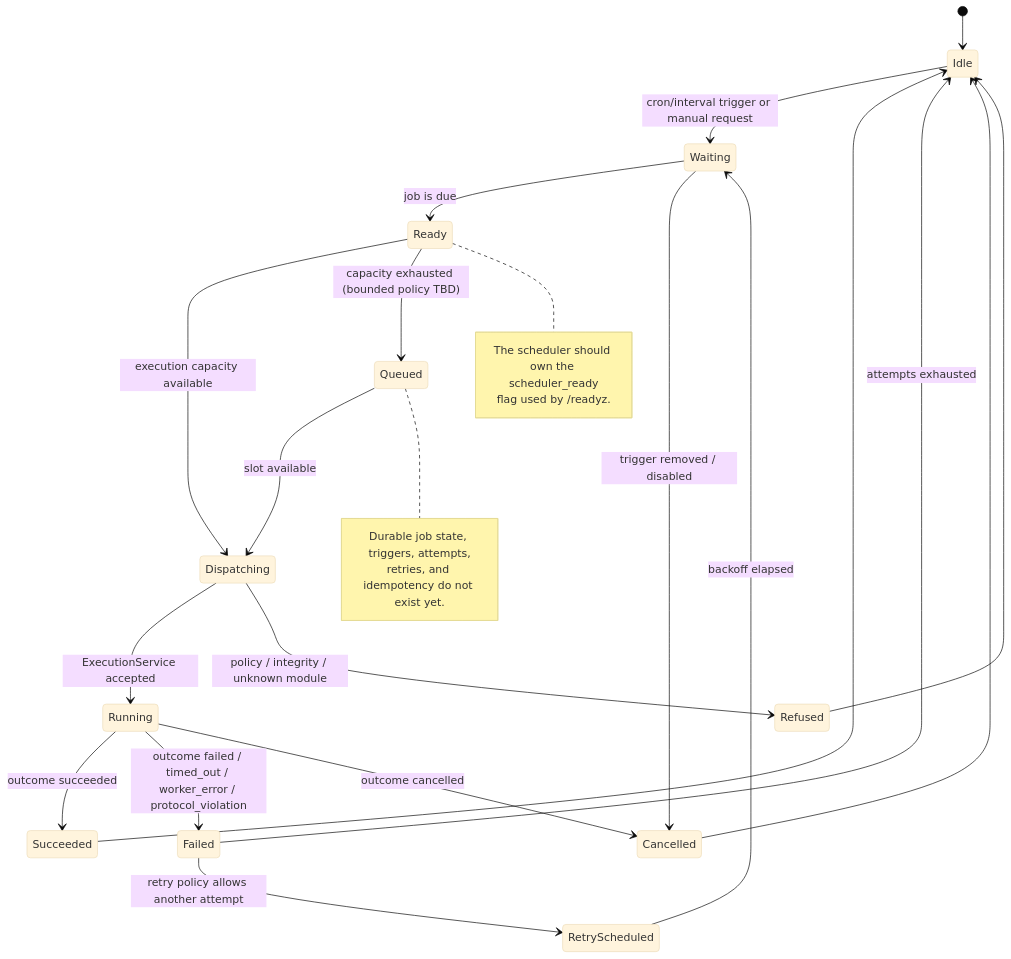
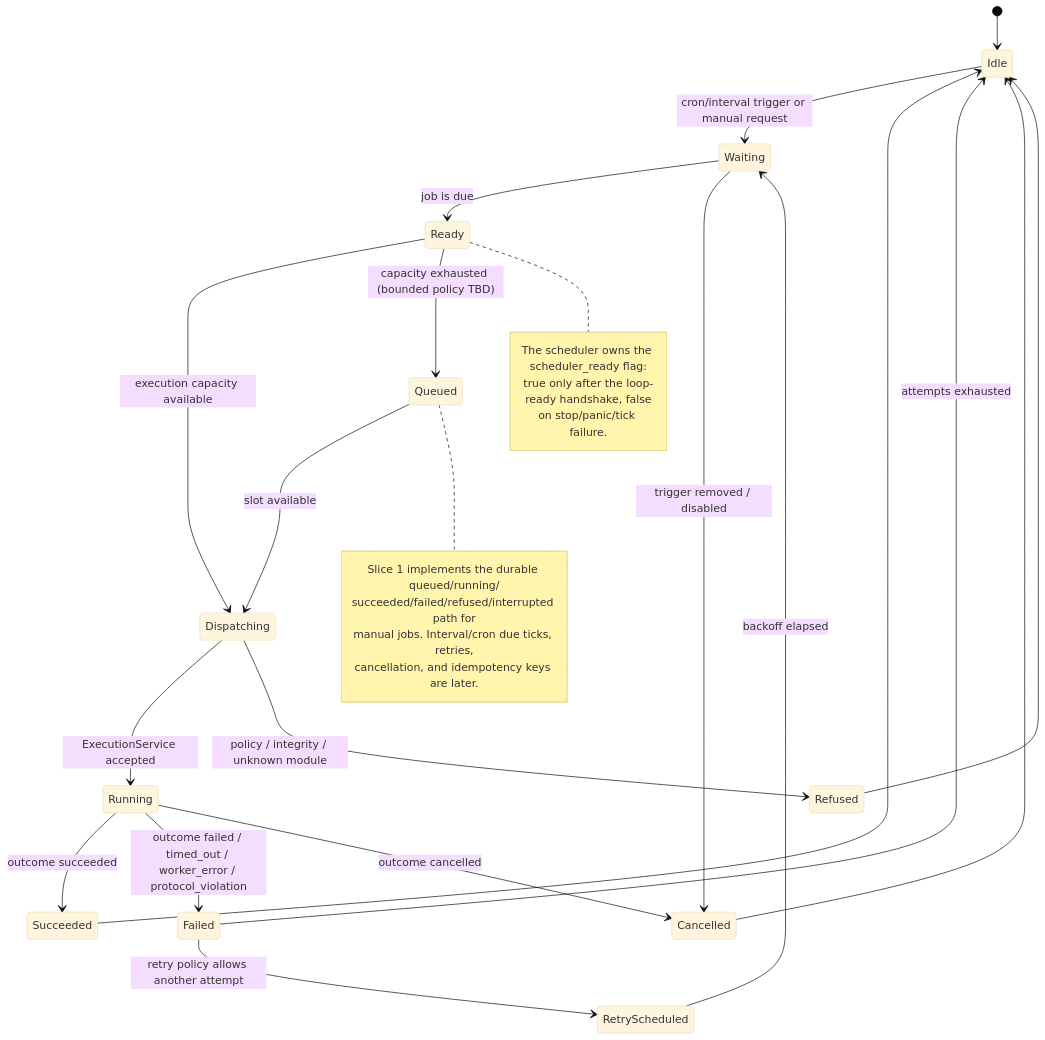
Before and after one commit to nicknad/conductor: diagram 13 of 14 in docs/statecharts.md, drawn with Mermaid (base theme). The commit also changed other lines of this file and 35 other files, not shown here.

First line of the commit message:
feat(scheduler): add durable manual jobs and dispatcher

````diff
--- a/docs/statecharts.md
+++ b/docs/statecharts.md
@@ -459,30 +458,33 @@
 ```mermaid
 stateDiagram-v2
     [*] --> Idle
     Idle --> Waiting: cron/interval trigger or manual request
     Waiting --> Ready: job is due
     Waiting --> Cancelled: trigger removed / disabled
     Ready --> Dispatching: execution capacity available
     Ready --> Queued: capacity exhausted (bounded policy TBD)
     Queued --> Dispatching: slot available
     Dispatching --> Running: ExecutionService accepted
     Dispatching --> Refused: policy / integrity / unknown module
     Running --> Succeeded: outcome succeeded
     Running --> Failed: outcome failed / timed_out / worker_error / protocol_violation
     Running --> Cancelled: outcome cancelled
     Failed --> RetryScheduled: retry policy allows another attempt
     RetryScheduled --> Waiting: backoff elapsed
     Succeeded --> Idle
     Failed --> Idle: attempts exhausted
     Cancelled --> Idle
     Refused --> Idle
 
     note right of Queued
-        Durable job state, triggers, attempts,
-        retries, and idempotency do not exist yet.
+        Slice 1 implements the durable queued/running/
+        succeeded/failed/refused/interrupted path for
+        manual jobs. Interval/cron due ticks, retries,
+        cancellation, and idempotency keys are later.
     end note
     note right of Ready
-        The scheduler should own the scheduler_ready
-        flag used by /readyz.
+        The scheduler owns the scheduler_ready flag:
+        true only after the loop-ready handshake, false
+        on stop/panic/tick failure.
     end note
 ```
````
